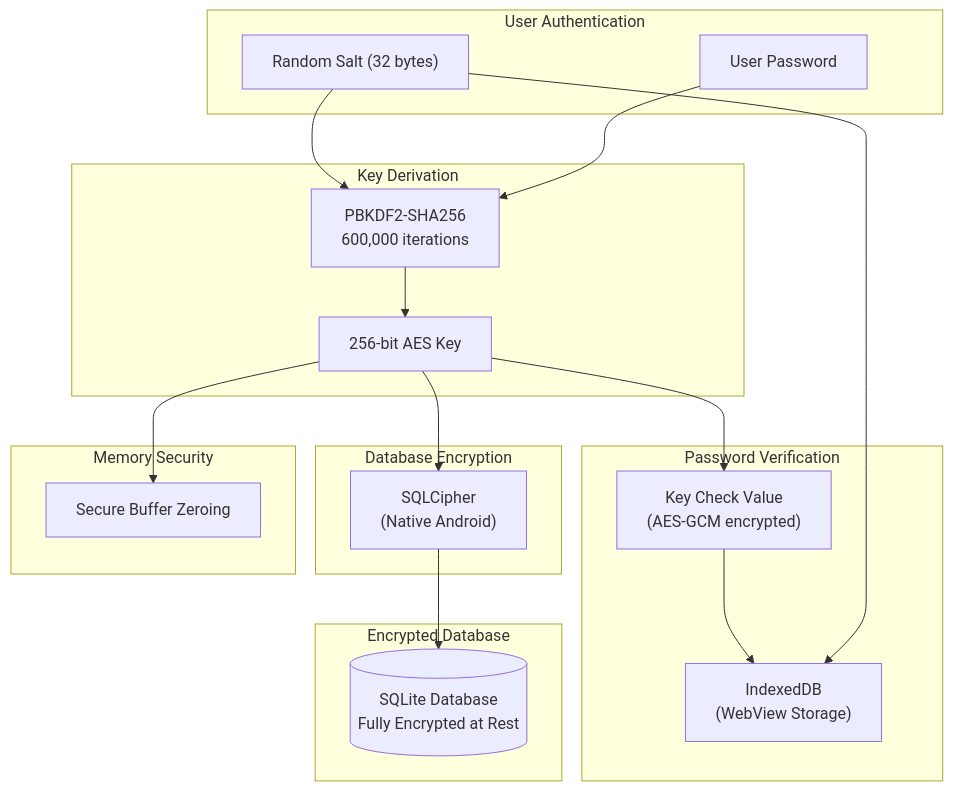
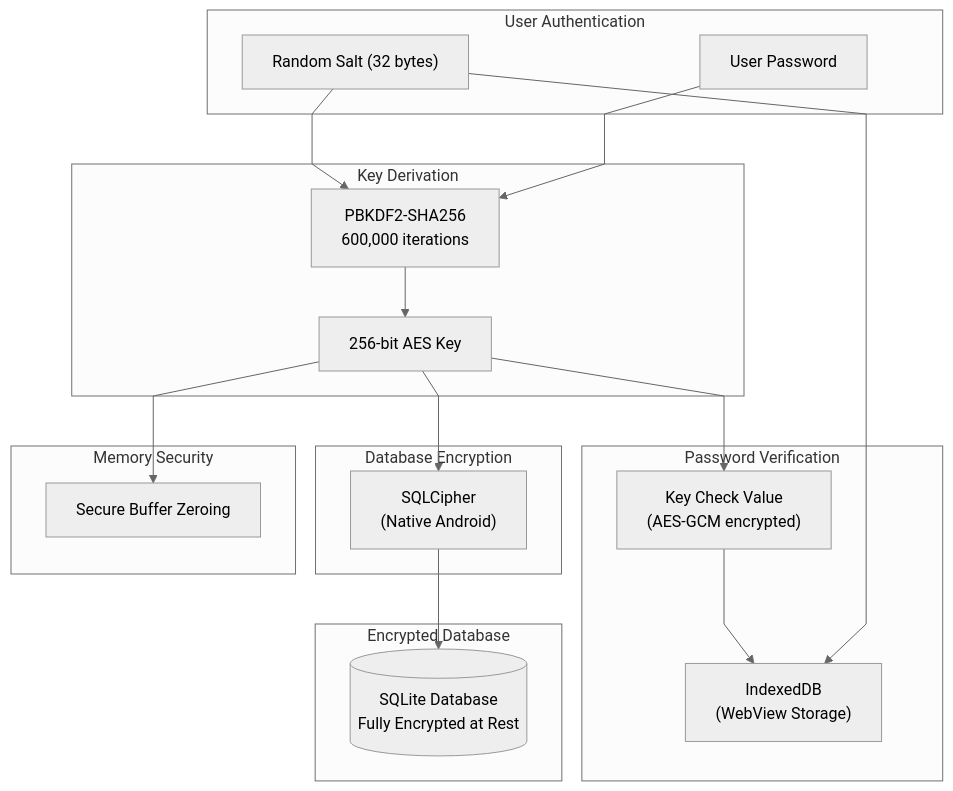
The fourth of 4 diagrams in docs/encryption-architecture.md (a2f0/tearleads), drawn with Mermaid before and after one commit. The commit also changed other lines of this file and 4 other files, not shown here.

First line of the commit message:
docs: use greyscale theme and linear arrows in mermaid diagrams

````diff
--- a/docs/encryption-architecture.md
+++ b/docs/encryption-architecture.md
@@ -131,39 +134,40 @@
 ```mermaid
+%%{init: {'theme': 'neutral', 'flowchart': {'curve': 'linear'}}}%%
 flowchart TB
     subgraph UserAuth["User Authentication"]
         PWD["User Password"]
         SALT["Random Salt (32 bytes)"]
     end
 
     subgraph KeyDerivation["Key Derivation"]
         PBKDF2["PBKDF2-SHA256<br/>600,000 iterations"]
         KEY["256-bit AES Key"]
     end
 
     subgraph Verification["Password Verification"]
         KCV["Key Check Value<br/>(AES-GCM encrypted)"]
         STORE["IndexedDB<br/>(WebView Storage)"]
     end
 
     subgraph Encryption["Database Encryption"]
         CIPHER["SQLCipher<br/>(Native Android)"]
     end
 
     subgraph Database["Encrypted Database"]
         DB[("SQLite Database<br/>Fully Encrypted at Rest")]
     end
 
     subgraph Security["Memory Security"]
         ZERO["Secure Buffer Zeroing"]
     end
 
     PWD --> PBKDF2
     SALT --> PBKDF2
     PBKDF2 --> KEY
     KEY --> KCV
     SALT --> STORE
     KCV --> STORE
     KEY --> CIPHER
     CIPHER --> DB
     KEY --> ZERO
 ```
````
